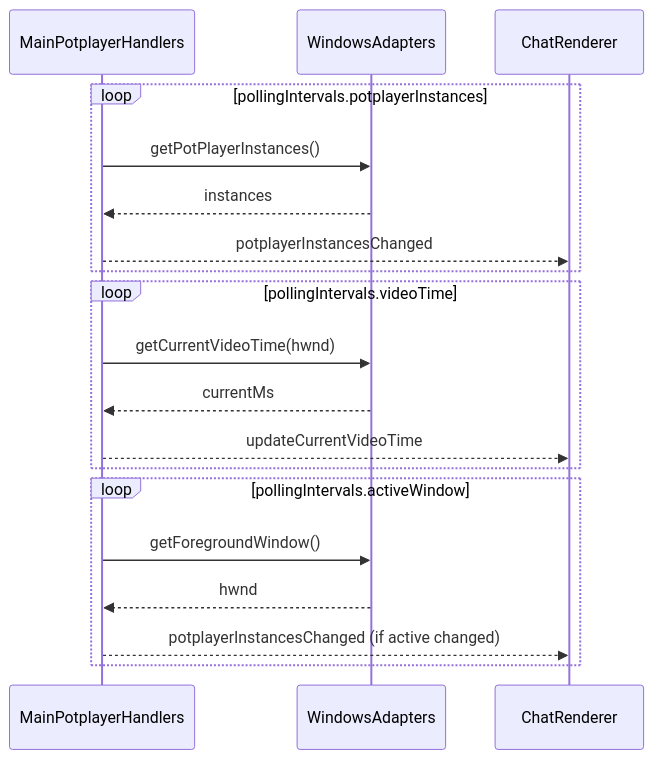
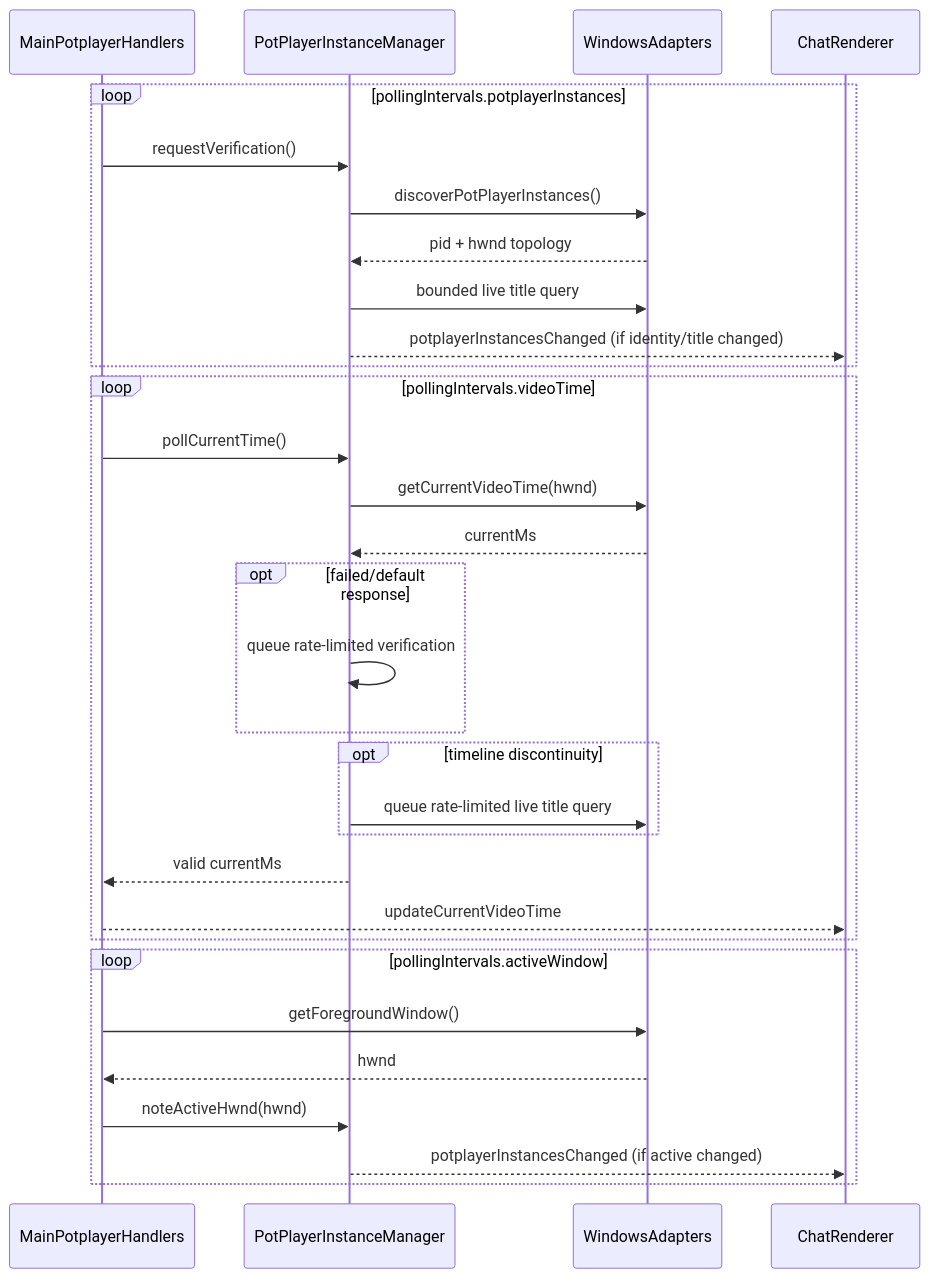
One commit to Alb11747/PotPlayerChat changed the third of 4 diagrams in ARCHITECTURE.md. Above: the diagram before and after it, drawn with Mermaid. The commit also changed other lines of this file and 8 other files, not shown here.

Commit message:
fix: make PotPlayer instance recovery resilient

````diff
--- a/ARCHITECTURE.md
+++ b/ARCHITECTURE.md
@@ -158,24 +159,36 @@
 ```mermaid
 sequenceDiagram
   participant Main as MainPotplayerHandlers
+  participant Manager as PotPlayerInstanceManager
   participant WinOS as WindowsAdapters
   participant Rend as ChatRenderer
 
   loop pollingIntervals.potplayerInstances
-    Main->>WinOS: getPotPlayerInstances()
-    WinOS-->>Main: instances
-    Main-->>Rend: potplayerInstancesChanged
+    Main->>Manager: requestVerification()
+    Manager->>WinOS: discoverPotPlayerInstances()
+    WinOS-->>Manager: pid + hwnd topology
+    Manager->>WinOS: bounded live title query
+    Manager-->>Rend: potplayerInstancesChanged (if identity/title changed)
   end
 
   loop pollingIntervals.videoTime
-    Main->>WinOS: getCurrentVideoTime(hwnd)
-    WinOS-->>Main: currentMs
+    Main->>Manager: pollCurrentTime()
+    Manager->>WinOS: getCurrentVideoTime(hwnd)
+    WinOS-->>Manager: currentMs
+    opt failed/default response
+      Manager->>Manager: queue rate-limited verification
+    end
+    opt timeline discontinuity
+      Manager->>WinOS: queue rate-limited live title query
+    end
+    Manager-->>Main: valid currentMs
     Main-->>Rend: updateCurrentVideoTime
   end
 
   loop pollingIntervals.activeWindow
     Main->>WinOS: getForegroundWindow()
     WinOS-->>Main: hwnd
-    Main-->>Rend: potplayerInstancesChanged (if active changed)
+    Main->>Manager: noteActiveHwnd(hwnd)
+    Manager-->>Rend: potplayerInstancesChanged (if active changed)
   end
 ```
````
